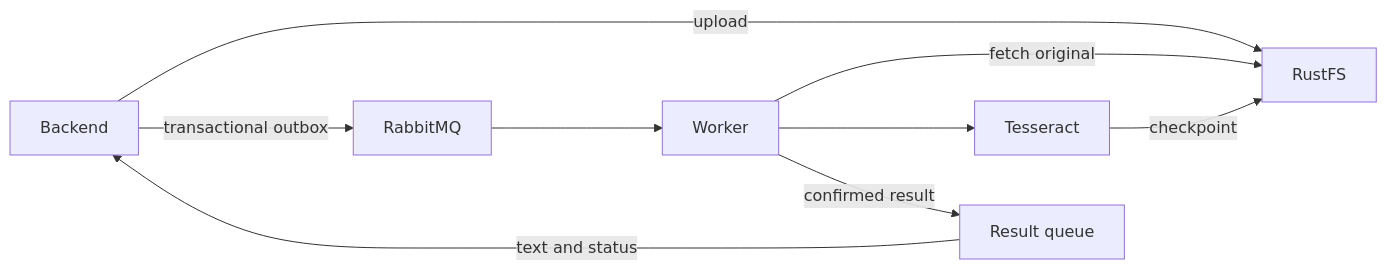
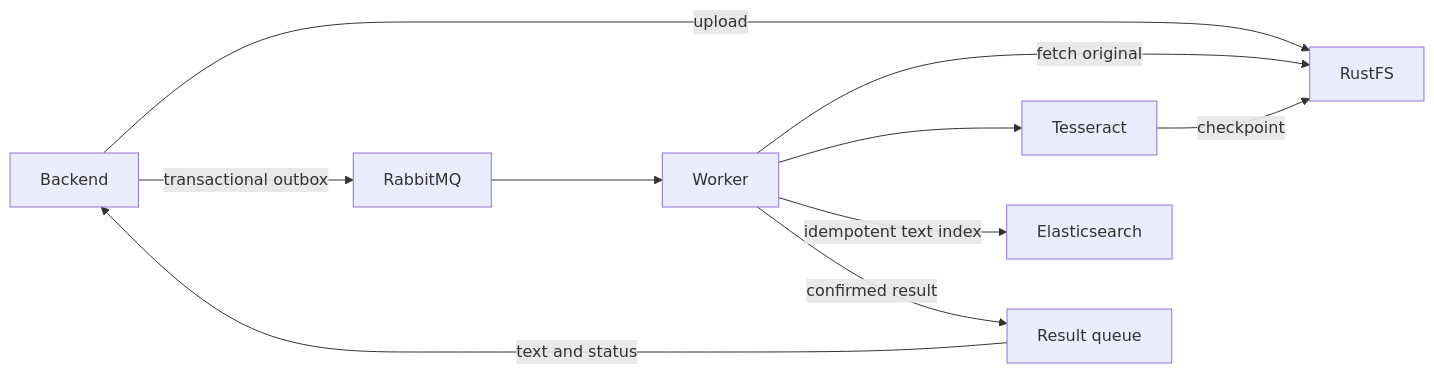
Before and after one commit to if25b190/SWEN3-Paperless: the diagram in paperless-worker/README.md, drawn with Mermaid. The commit also changed other lines of this file and 13 other files, not shown here.

Commit message:
feat(search): index OCR text and ingest worker logs with ELK (#61)

````diff
--- a/paperless-worker/README.md
+++ b/paperless-worker/README.md
@@ -10,11 +10,12 @@
 ```mermaid
 flowchart LR
     Backend -->|upload| RustFS
     Backend -->|transactional outbox| RabbitMQ
     RabbitMQ --> Worker
     Worker -->|fetch original| RustFS
     Worker --> Tesseract
     Tesseract -->|checkpoint| RustFS
+    Worker -->|idempotent text index| Elasticsearch
     Worker -->|confirmed result| Results[Result queue]
     Results -->|text and status| Backend
 ```
````
